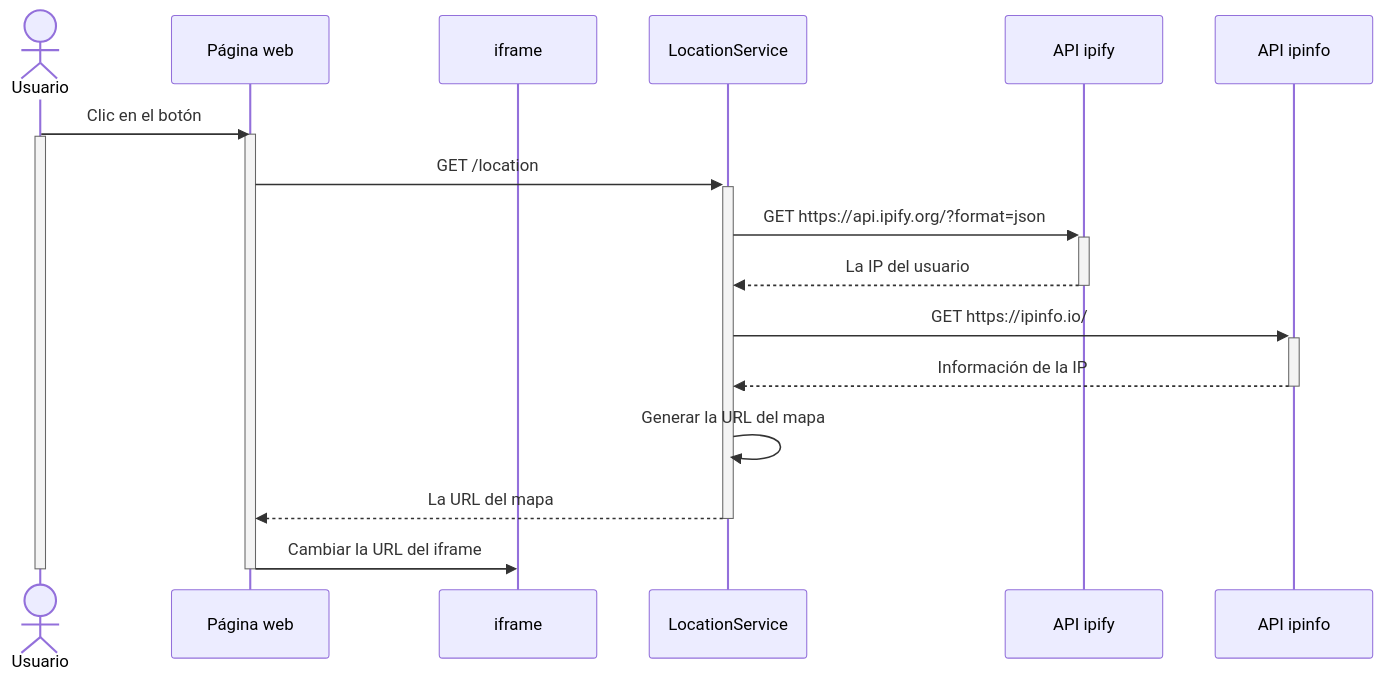
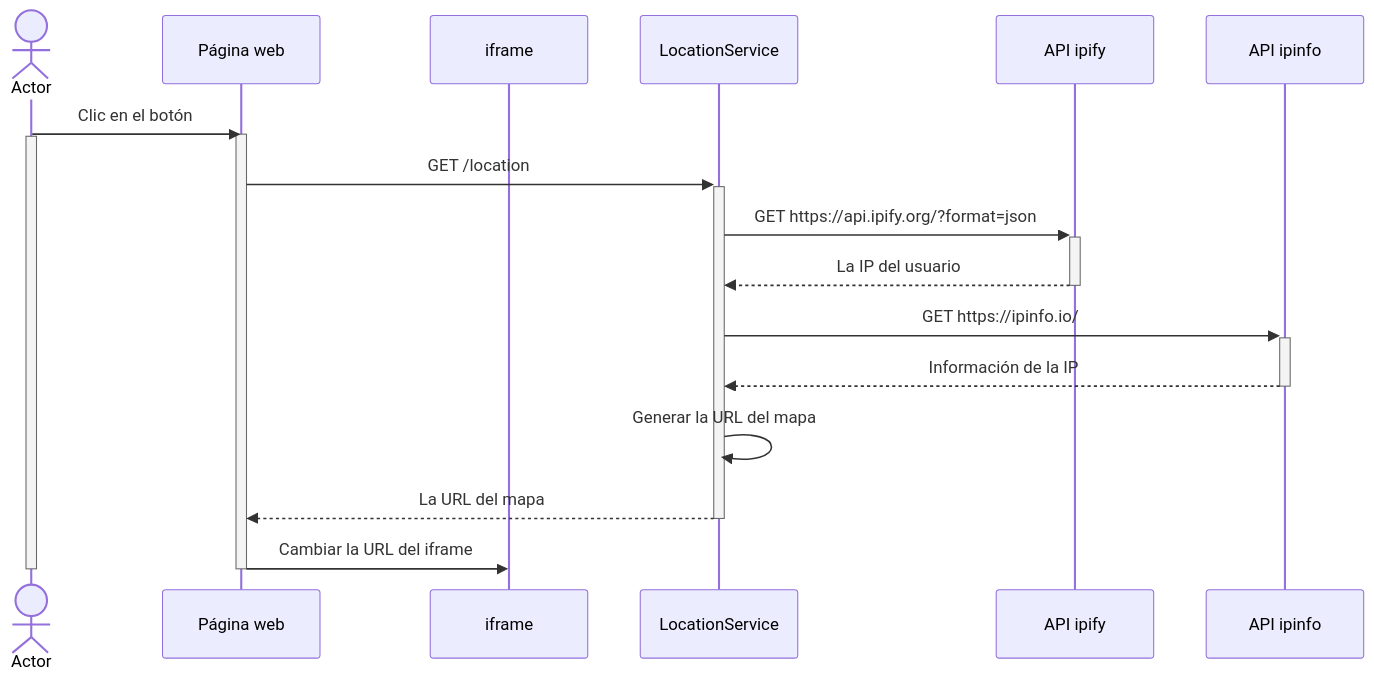
Before and after one commit to RogerIBN/ip-locator: the diagram in README.md, drawn with Mermaid. The commit also changed other lines of this file and 1 other file, not shown here.

````diff
--- a/README.md
+++ b/README.md
@@ -69,23 +71,23 @@
 ```mermaid
 sequenceDiagram
-    actor Usuario
+    actor usr as Actor
     participant Página web
     participant iframe
     participant LocationService
     participant API ipify
     participant API ipinfo
 
-    Usuario->>Página web: Clic en el botón
+    usr->>Página web: Clic en el botón
     activate Página web
-    activate Usuario
+    activate usr
     Página web->>+LocationService: GET /location
     LocationService->>+API ipify: GET https://api.ipify.org/?format=json
     API ipify-->>-LocationService: La IP del usuario
     LocationService->>+API ipinfo: GET https://ipinfo.io/
     API ipinfo-->>-LocationService: Información de la IP
     LocationService->>LocationService: Generar la URL del mapa
     LocationService-->>-Página web: La URL del mapa
     Página web->>iframe: Cambiar la URL del iframe
     deactivate Página web
-    deactivate Usuario
+    deactivate usr
 ```
````
